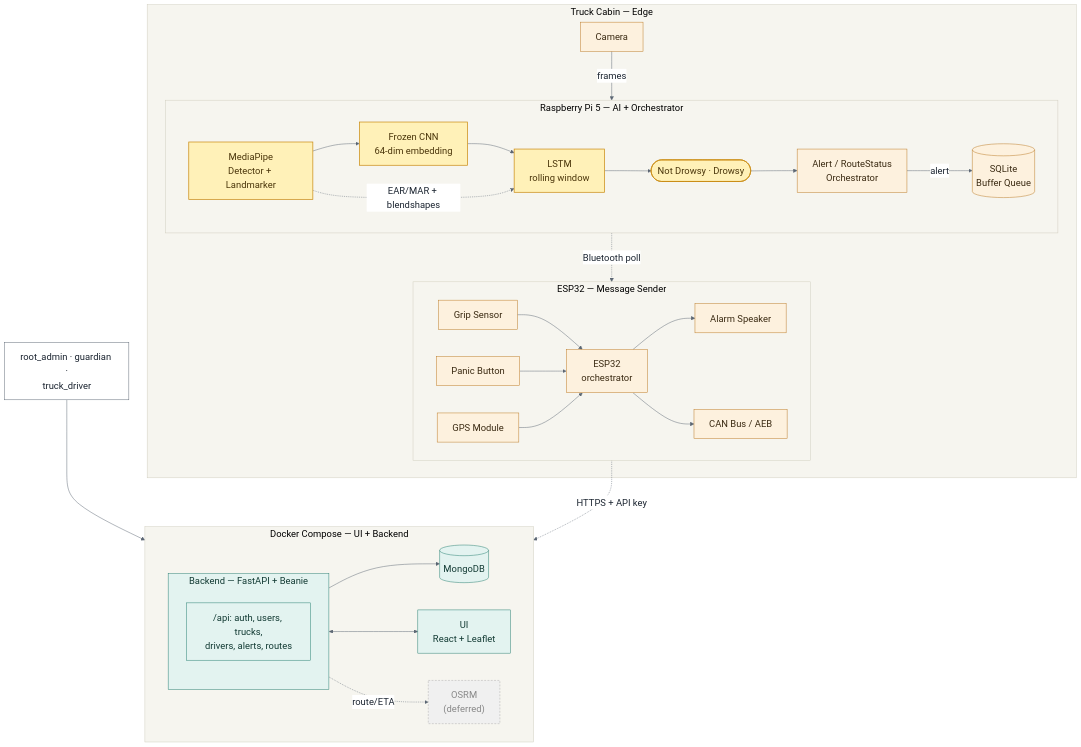
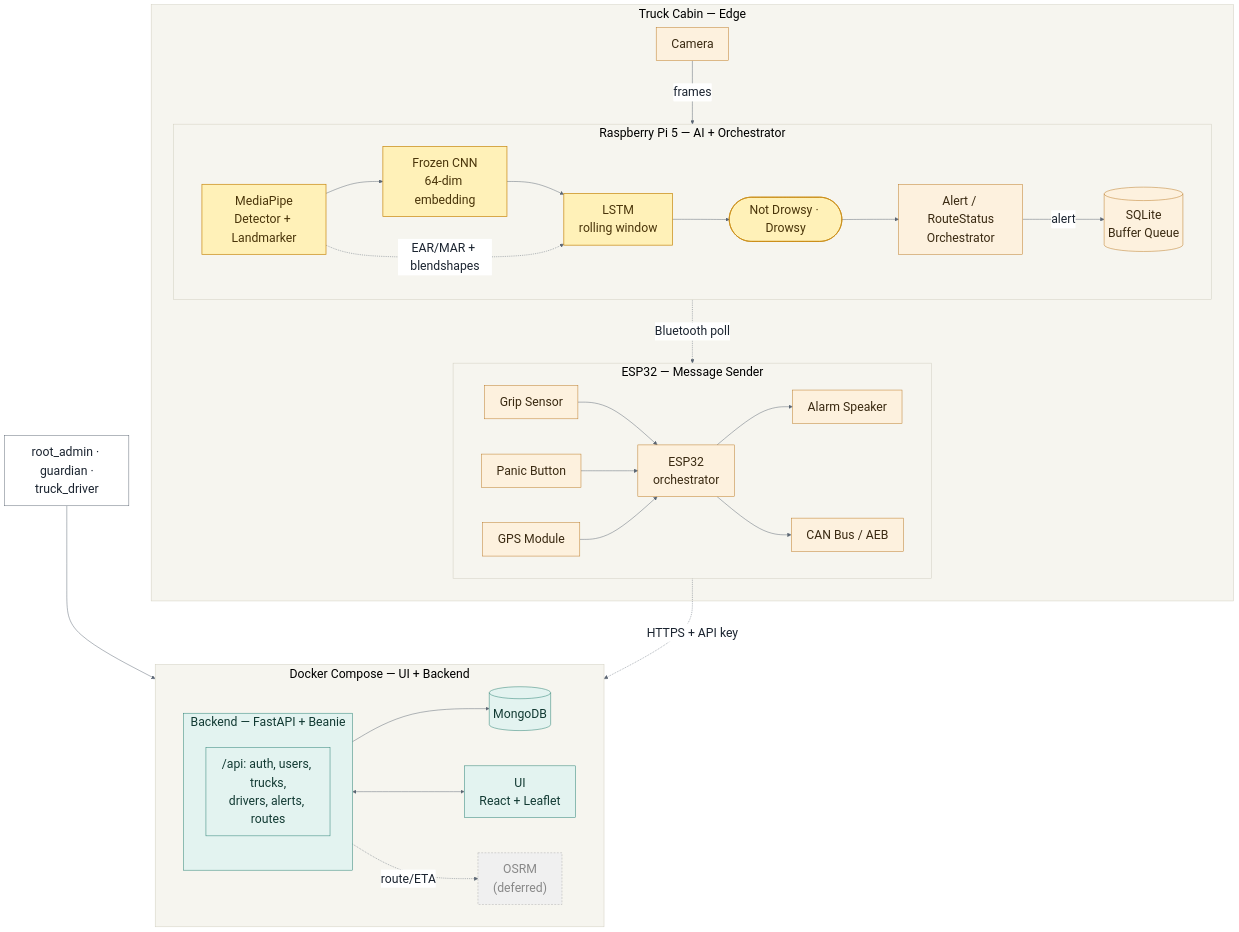
Before and after one commit to alecksandr26/Argus: the diagram in docs/designs/semantic-design-overview.md, drawn with Mermaid. The commit also changed other lines of this file and 3 other files, not shown here.

Commit message:
new diagrams

````diff
--- a/docs/designs/semantic-design-overview.md
+++ b/docs/designs/semantic-design-overview.md
@@ -14,52 +38,52 @@
 ```mermaid
-%%{init: {'theme':'base','themeVariables': {'fontFamily':'IBM Plex Mono, monospace','fontSize':'20px','primaryColor':'#ffffff','primaryBorderColor':'#5b6673','primaryTextColor':'#1b2430','lineColor':'#5b6673','clusterBkg':'#f6f5ef','clusterBorder':'#cfccbd'},'flowchart':{'nodeSpacing':58,'rankSpacing':74,'padding':16,'curve':'basis'}}}%%
+%%{init: {'theme':'base','themeVariables': {'fontFamily':'IBM Plex Mono, monospace','fontSize':'26px','primaryColor':'#ffffff','primaryBorderColor':'#5b6673','primaryTextColor':'#1b2430','lineColor':'#5b6673','clusterBkg':'#f6f5ef','clusterBorder':'#cfccbd'},'flowchart':{'nodeSpacing':75,'rankSpacing':96,'padding':16,'curve':'basis'}}}%%
 flowchart TB
   subgraph EDGE["Truck Cabin — Edge"]
     CAM["Camera"] -- frames --> PI
 
     subgraph PI["Raspberry Pi 5 — AI + Orchestrator"]
       direction LR
       MP["MediaPipe<br/>Detector + Landmarker"] --> CNN["Frozen CNN<br/>64-dim embedding"] --> LSTM["LSTM<br/>rolling window"] --> CLS(["Not Drowsy · Drowsy"])
       MP -. "EAR/MAR + blendshapes" .-> LSTM
       CLS --> ORCH["Alert / RouteStatus<br/>Orchestrator"]
       ORCH -- alert --> BUF[("SQLite<br/>Buffer Queue")]
     end
 
     subgraph PERIPH["ESP32 — Message Sender"]
       direction LR
       GRIP["Grip Sensor"] --> ESP
       PANIC["Panic Button"] --> ESP
       GPS["GPS Module"] --> ESP
       ESP["ESP32<br/>orchestrator"] --> ALARM["Alarm Speaker"]
       ESP --> AEB["CAN Bus / AEB"]
     end
 
     BUF -. "Bluetooth poll" .-> ESP
   end
 
   ESP -. "HTTPS + API key" .-> BACKEND
 
   subgraph CLOUD["Docker Compose — UI + Backend"]
     direction LR
     subgraph BACKEND["Backend — FastAPI + Beanie"]
       API["/api: auth, users, trucks,<br/>drivers, alerts, routes"]
     end
     BACKEND --> DB[("MongoDB")]
     BACKEND <--> UI["UI<br/>React + Leaflet"]
     BACKEND -. "route/ETA" .-> OSRM["OSRM<br/>(deferred)"]
   end
 
   USERS["root_admin · guardian ·<br/>truck_driver"] --> UI
 
   classDef edgeNode fill:#fdf1de,stroke:#b9761f,color:#3a2a12,stroke-width:1px;
   classDef cvNode fill:#fff1b8,stroke:#c98a12,color:#4a350a,stroke-width:1.5px;
   classDef cloudNode fill:#e3f3f0,stroke:#1f7a6c,color:#123a33,stroke-width:1px;
   classDef actorNode fill:#ffffff,stroke:#5b6673,color:#1b2430,stroke-width:1px;
   classDef futureNode fill:#f0f0f0,stroke:#aaaaaa,color:#888888,stroke-width:1px,stroke-dasharray: 4 3;
 
   class CAM,ORCH,BUF,GRIP,PANIC,GPS,ESP,ALARM,AEB edgeNode
   class MP,CNN,LSTM,CLS cvNode
   class BACKEND,API,DB,UI cloudNode
   class OSRM futureNode
   class USERS actorNode
 ```
````
